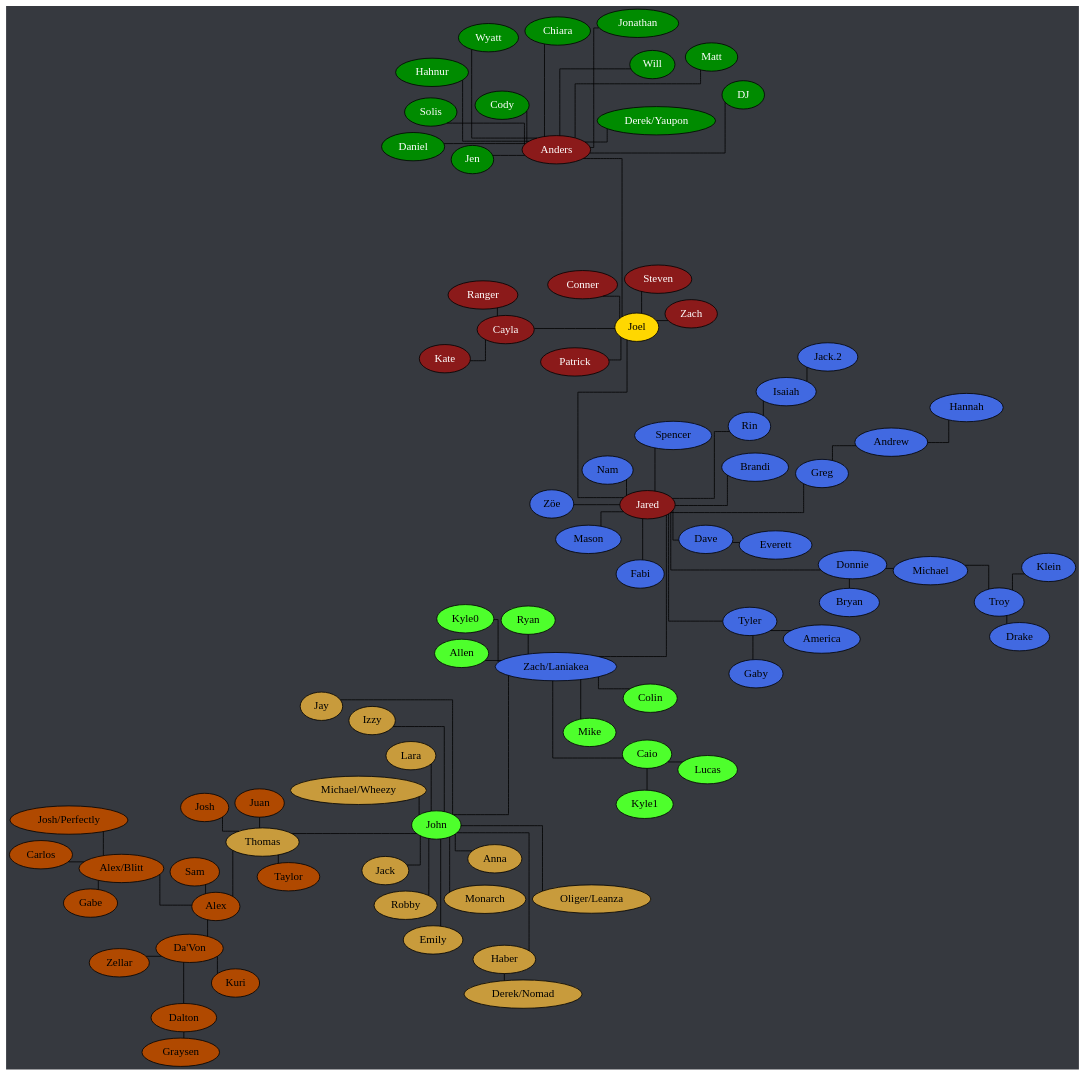
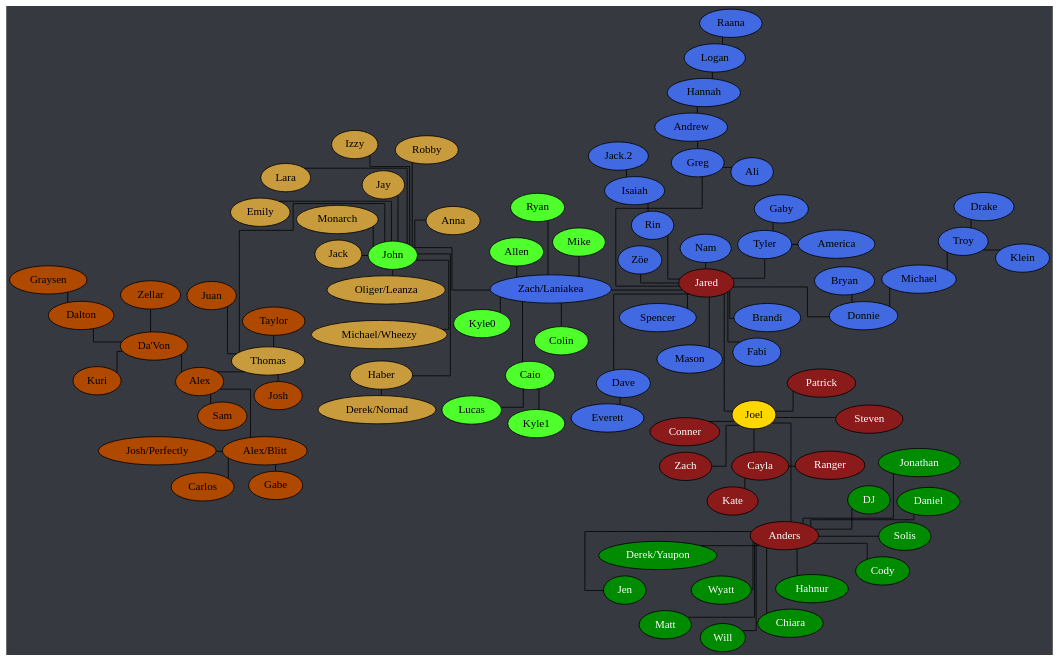
The diagram in tree.dot (Documidas/CoronaCatzFamilyTree), drawn with Graphviz before and after one commit. The commit also changed 1 other file, not shown here.

Commit message:
Add Logan, Raana, Ali

```diff
--- a/tree.dot
+++ b/tree.dot
@@ -1,130 +1,133 @@
 strict graph {
 	// Layout Configuration
 	layout = neato;
 	epsilon = 0.01;
 	mode = KK;
 	model = subset;
 	overlap = false;
 	splines = ortho;
 
 	// Visual Configuration
 	graph [truecolor=true bgcolor="#36393f"]
 	node [style=filled fillcolor="gray" fontcolor="black"]
 
 	subgraph "Joel" {
 		node [style=filled fillcolor="firebrick4" fontcolor="white"];
 		Joel [style=filled fillcolor="gold" fontcolor="black"];
 
 		Anders -- Joel;
 		Cayla -- Joel
 		Cayla -- Kate;
 		Cayla -- Ranger;
 		Joel -- Conner;
 		Joel -- Jared;
 		Joel -- Patrick;
 		Joel -- Steven;
 		Joel -- Zach;
 	}
 
 	subgraph "Anders" {
 		node [style=filled fillcolor="green4" fontcolor="white"];
 
 		Anders -- Chiara
 		Anders -- Cody;
 		Anders -- Daniel;
 		Anders -- "Derek/Yaupon";
 		Anders -- DJ;
 		Anders -- Hahnur;
 		Anders -- Jen;
 		Anders -- Jonathan;
 		Anders -- Matt;
 		Anders -- Solis;
 		Anders -- Will;
 		Anders -- Wyatt;
 	}
 
 	subgraph "Jared" {
 		node [style=filled fillcolor="royalblue" fontcolor="black"]
 
 		Andrew -- Hannah;
 		Dave -- Everett;
 		Donnie -- Bryan;
 		Donnie -- Michael;
+		Greg -- Ali;
 		Greg -- Andrew;
+		Hannah -- Logan;
 		Isaiah -- "Jack.2";
 		Jared -- Brandi;
 		Jared -- Dave;
 		Jared -- Donnie;
 		Jared -- Fabi;
 		Jared -- Greg;
 		Jared -- Mason;
 		Jared -- Nam;
 		Jared -- Rin;
 		Jared -- Spencer;
 		Jared -- Tyler;
 		Jared -- "Zach/Laniakea";
 		Jared -- "Zöe";
+		Logan -- Raana;
 		Michael -- Troy;
 		Rin -- Isaiah;
 		Tyler -- America;
 		Tyler -- Gaby;
 		Troy -- Drake;
 		Troy -- Klein;
 	}
 
 	subgraph "Zach/Laniakea" {
 		node [style=filled fillcolor="#4eff2c" fontcolor="black"]
 
 		Caio -- Kyle1;
 		Caio -- Lucas;
 		"Zach/Laniakea" -- Allen;
 		"Zach/Laniakea" -- Caio;
 		"Zach/Laniakea" -- Colin;
 		"Zach/Laniakea" -- John [ len = 10 ];
 		"Zach/Laniakea" -- Kyle0;
 		"Zach/Laniakea" -- Mike;
 		"Zach/Laniakea" -- Ryan;
 	}
 
 	subgraph "John" {
 		node [style=filled fillcolor="#c89b3c" fontcolor="black"]
 
 		Haber -- "Derek/Nomad";
 		John -- Anna;
 		John -- Emily;
 		John -- Haber;
 		John -- Jay;
 		John -- Jack;
 		John -- Lara;
 		John -- Monarch;
 		John -- "Oliger/Leanza";
 		John -- Thomas;
 	}
 
 	subgraph "John-stream" {
 		// node [style=filled fillcolor="#9147ff" fontcolor="black"]
 		node [style=filled fillcolor="#c89b3c" fontcolor="black"]
 
 		John -- Izzy;
 		John -- "Michael/Wheezy";
 		John -- Robby;
 	}
 
 	subgraph "Thomas" {
 		node [style=filled fillcolor="#b04900" fontcolor="black"]
 		Alex -- "Alex/Blitt";
 		Alex -- "Da'Von";
 		Alex -- Sam;
 		"Alex/Blitt" -- Carlos;
 		"Alex/Blitt" -- Gabe;
 		"Alex/Blitt" -- "Josh/Perfectly";
 		Dalton -- Graysen;
 		"Da'Von" -- Dalton;
 		"Da'Von" -- Kuri;
 		"Da'Von" -- Zellar;
 		Thomas -- Alex;
 		Thomas -- Josh;
 		Thomas -- Juan;
 		Thomas -- Taylor;
 	}
 }
```
